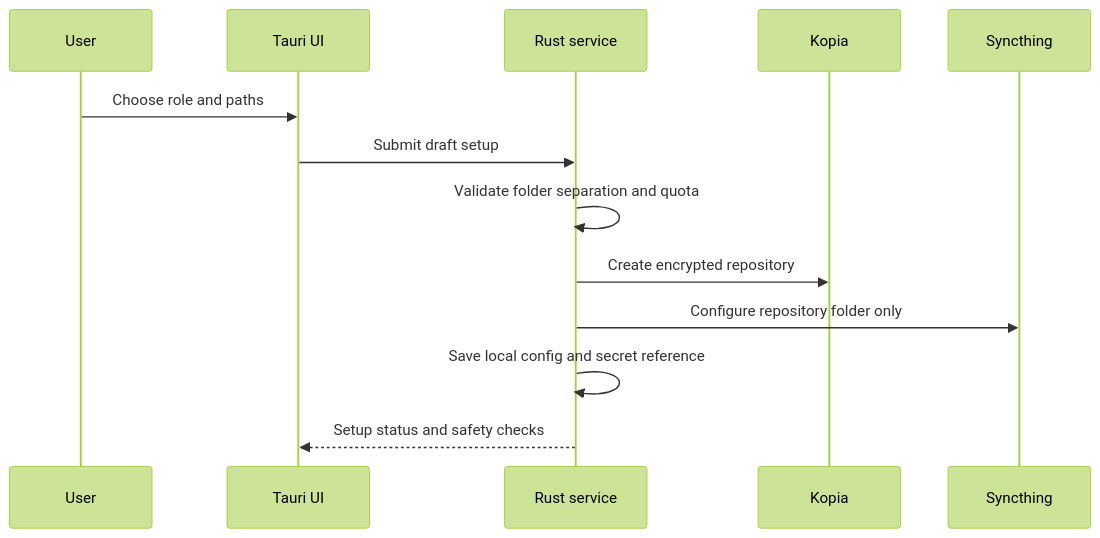
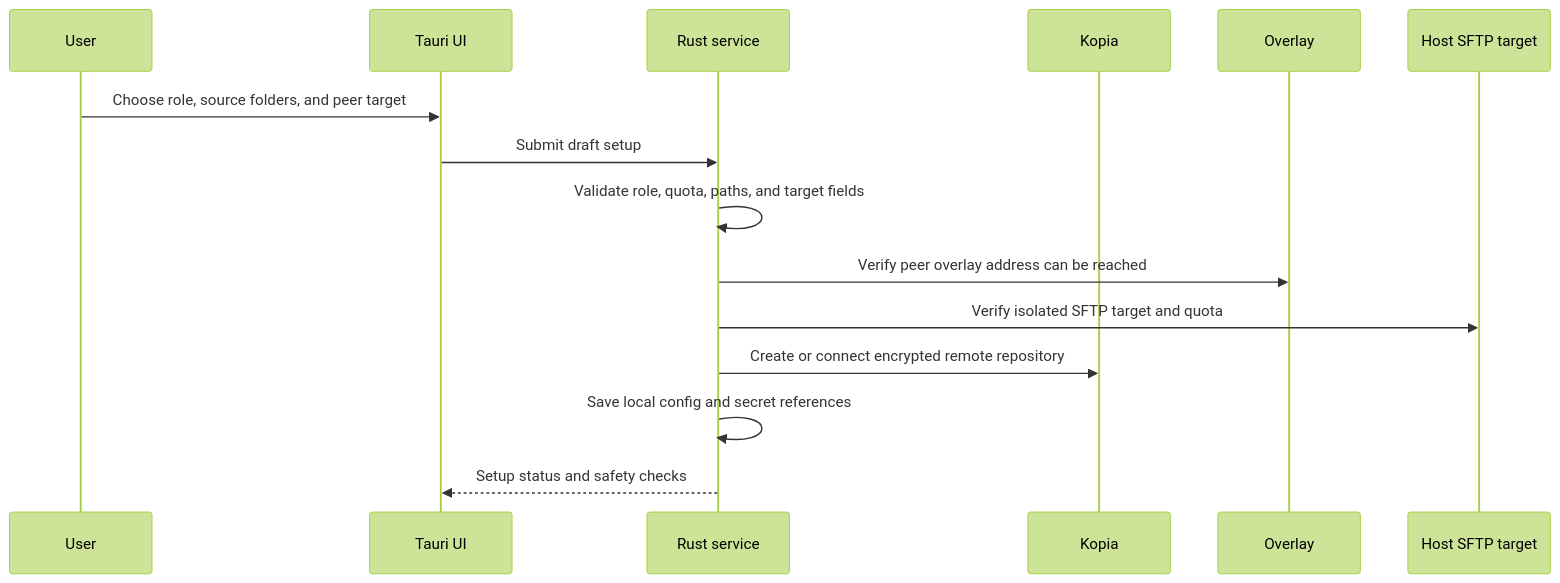
The second of 6 diagrams in docs/client-app/architecture.md (ayaghini/Nas-backup-buddy), drawn with Mermaid (forest theme) before and after one commit. The commit also changed other lines of this file and 50 other files, not shown here.

Commit message:
Refine peer connection host and backup workflows

````diff
--- a/docs/client-app/architecture.md
+++ b/docs/client-app/architecture.md
@@ -99,16 +129,18 @@
 ```mermaid
 sequenceDiagram
   participant U as User
   participant UI as Tauri UI
   participant S as Rust service
   participant K as Kopia
-  participant ST as Syncthing
+  participant O as Overlay
+  participant H as Host SFTP target
 
-  U->>UI: Choose role and paths
+  U->>UI: Choose role, source folders, and peer target
   UI->>S: Submit draft setup
-  S->>S: Validate folder separation and quota
-  S->>K: Create encrypted repository
-  S->>ST: Configure repository folder only
-  S->>S: Save local config and secret reference
+  S->>S: Validate role, quota, paths, and target fields
+  S->>O: Verify peer overlay address can be reached
+  S->>H: Verify isolated SFTP target and quota
+  S->>K: Create or connect encrypted remote repository
+  S->>S: Save local config and secret references
   S-->>UI: Setup status and safety checks
 ```
````
